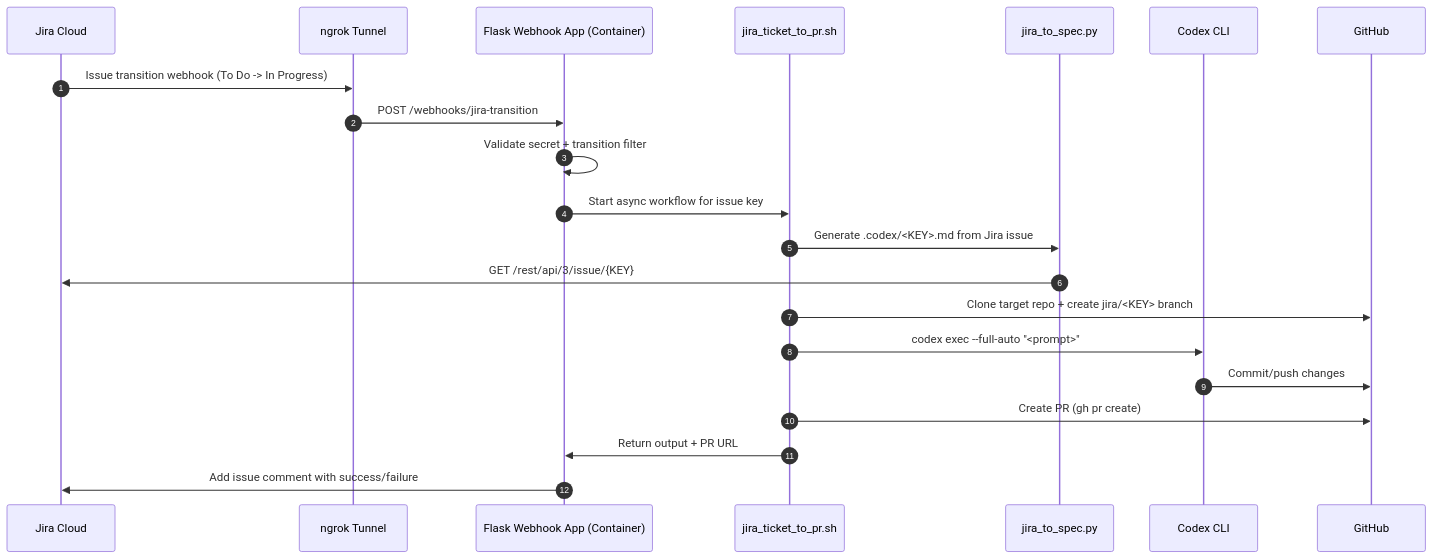
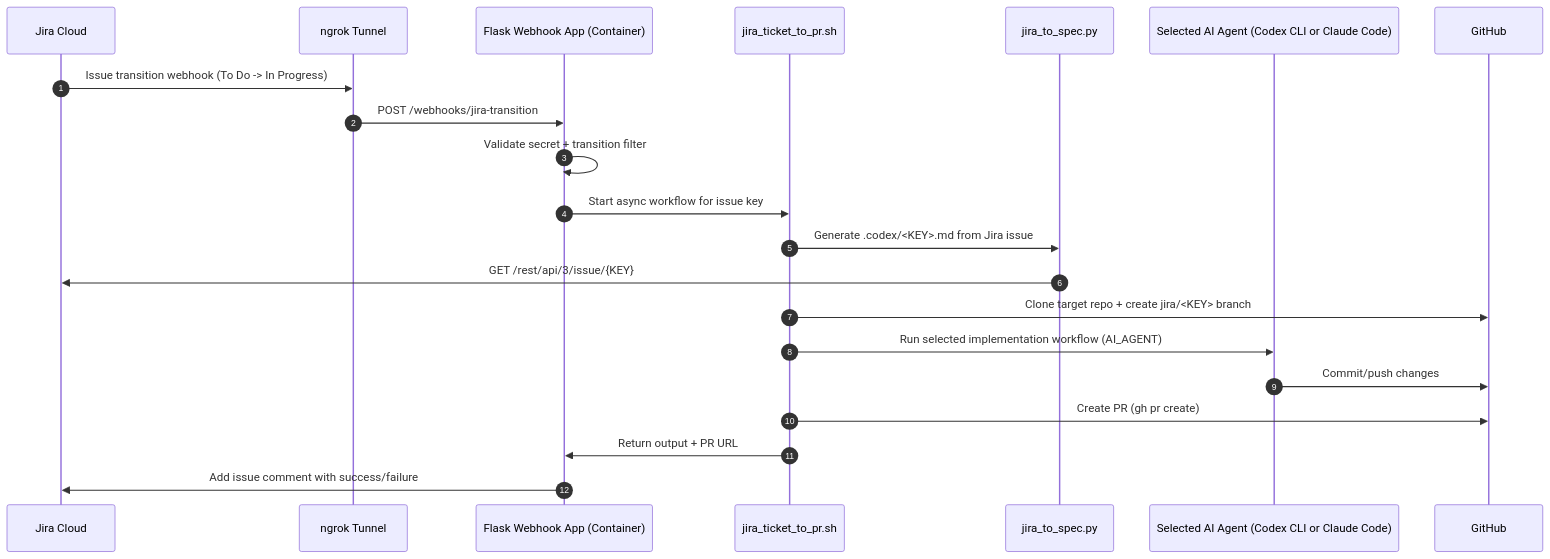
One commit to RDK995/JiraWorkflowAutomation changed the first of 2 diagrams in docs/architecture.md. Above: the diagram before and after it, drawn with Mermaid. The commit also changed other lines of this file and 15 other files, not shown here.

First line of the commit message:
feat: Add Sign in with Claude flow and fix verification timeout

````diff
--- a/docs/architecture.md
+++ b/docs/architecture.md
@@ -5,24 +5,24 @@
 ```mermaid
 sequenceDiagram
     autonumber
     participant Jira as Jira Cloud
     participant Ngrok as ngrok Tunnel
     participant App as Flask Webhook App (Container)
     participant Script as jira_ticket_to_pr.sh
     participant Spec as jira_to_spec.py
-    participant Codex as Codex CLI
+    participant Agent as Selected AI Agent (Codex CLI or Claude Code)
     participant GitHub as GitHub
 
     Jira->>Ngrok: Issue transition webhook (To Do -> In Progress)
     Ngrok->>App: POST /webhooks/jira-transition
     App->>App: Validate secret + transition filter
     App->>Script: Start async workflow for issue key
     Script->>Spec: Generate .codex/<KEY>.md from Jira issue
     Spec->>Jira: GET /rest/api/3/issue/{KEY}
     Script->>GitHub: Clone target repo + create jira/<KEY> branch
-    Script->>Codex: codex exec --full-auto "<prompt>"
-    Codex->>GitHub: Commit/push changes
+    Script->>Agent: Run selected implementation workflow (AI_AGENT)
+    Agent->>GitHub: Commit/push changes
     Script->>GitHub: Create PR (gh pr create)
     Script->>App: Return output + PR URL
     App->>Jira: Add issue comment with success/failure
 ```
````
